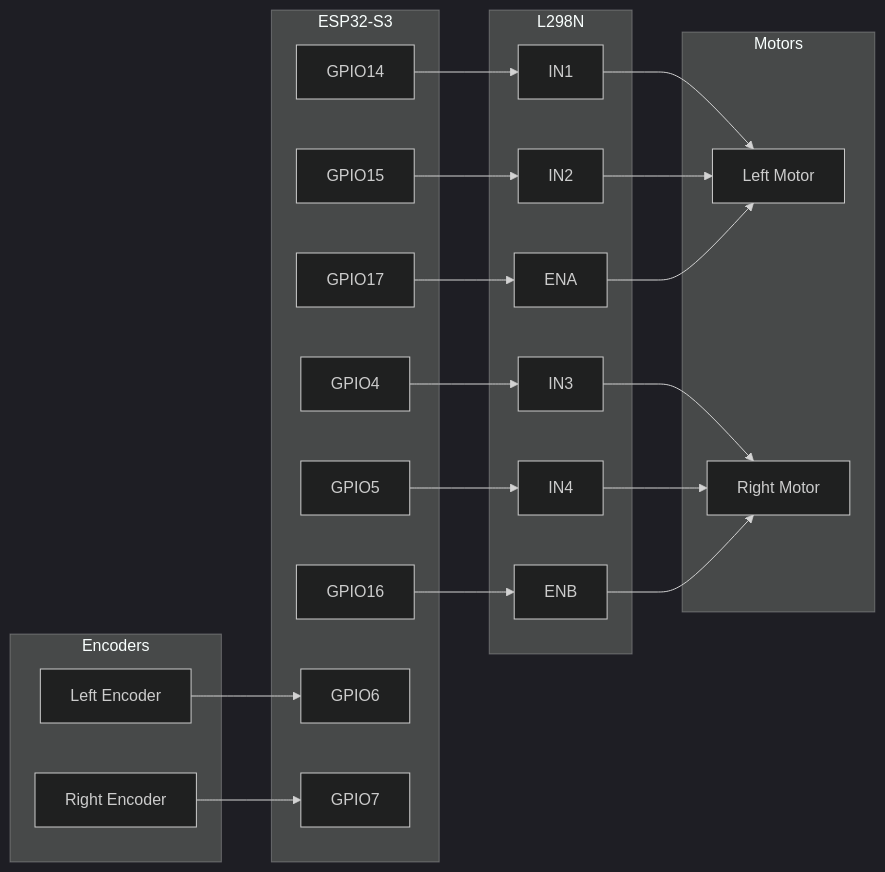
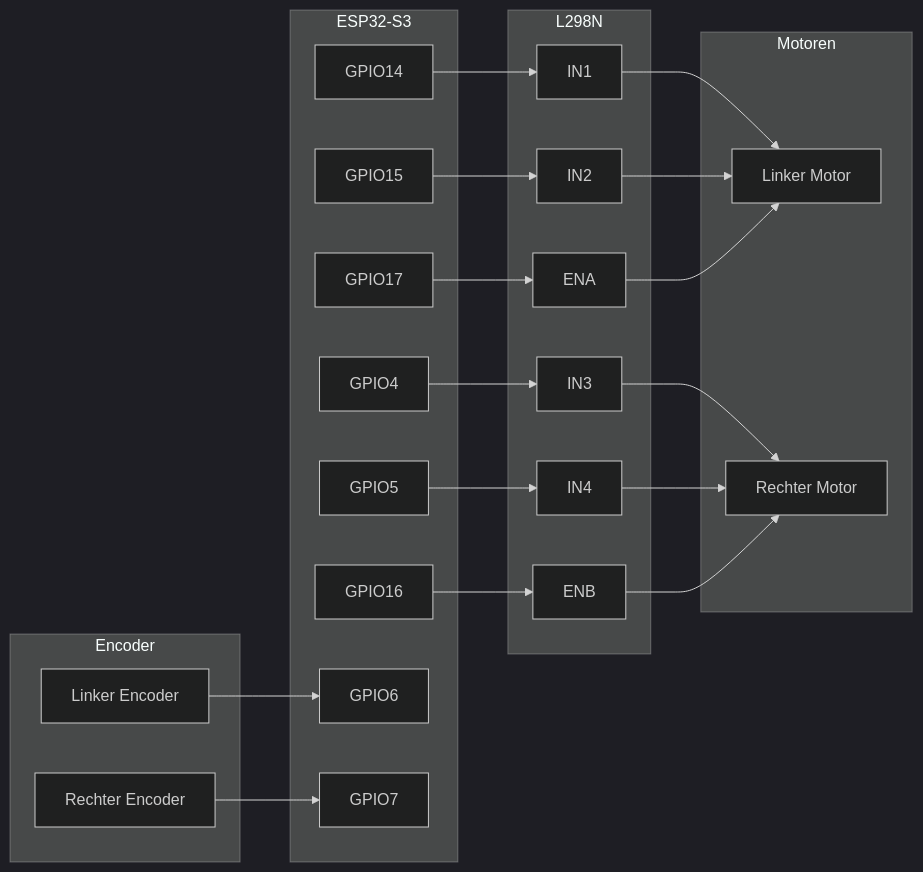
Before and after one commit to debugair/car-pio: the second of 2 diagrams in README.md, drawn with Mermaid (dark theme). The commit also changed other lines of this file and 10 other files, not shown here.

````diff
--- a/README.md
+++ b/README.md
@@ -131,45 +133,45 @@
 ```mermaid
 flowchart LR
     subgraph ESP32-S3
         GPIO14["GPIO14"]
         GPIO15["GPIO15"]
         GPIO17["GPIO17"]
         GPIO4["GPIO4"]
         GPIO5["GPIO5"]
         GPIO16["GPIO16"]
         GPIO6["GPIO6"]
         GPIO7["GPIO7"]
     end
 
     subgraph L298N
         IN1
         IN2
         ENA
         IN3
         IN4
         ENB
     end
 
-    subgraph Motors
-        LM["Left Motor"]
-        RM["Right Motor"]
+    subgraph Motoren
+        LM["Linker Motor"]
+        RM["Rechter Motor"]
     end
 
-    subgraph Encoders
-        EncL["Left Encoder"]
-        EncR["Right Encoder"]
+    subgraph Encoder
+        EncL["Linker Encoder"]
+        EncR["Rechter Encoder"]
     end
 
     GPIO14 --> IN1
     GPIO15 --> IN2
     GPIO17 --> ENA
     GPIO4 --> IN3
     GPIO5 --> IN4
     GPIO16 --> ENB
 
     IN1 & IN2 & ENA --> LM
     IN3 & IN4 & ENB --> RM
 
     EncL --> GPIO6
     EncR --> GPIO7
 ```
````
